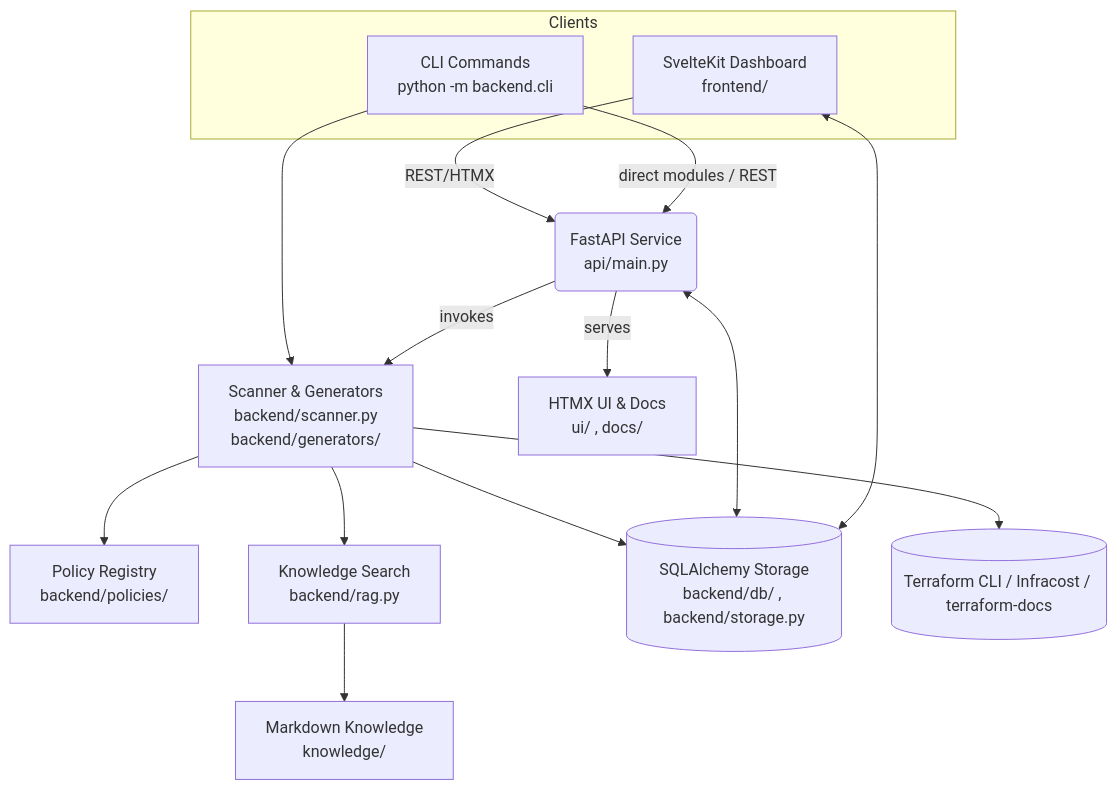
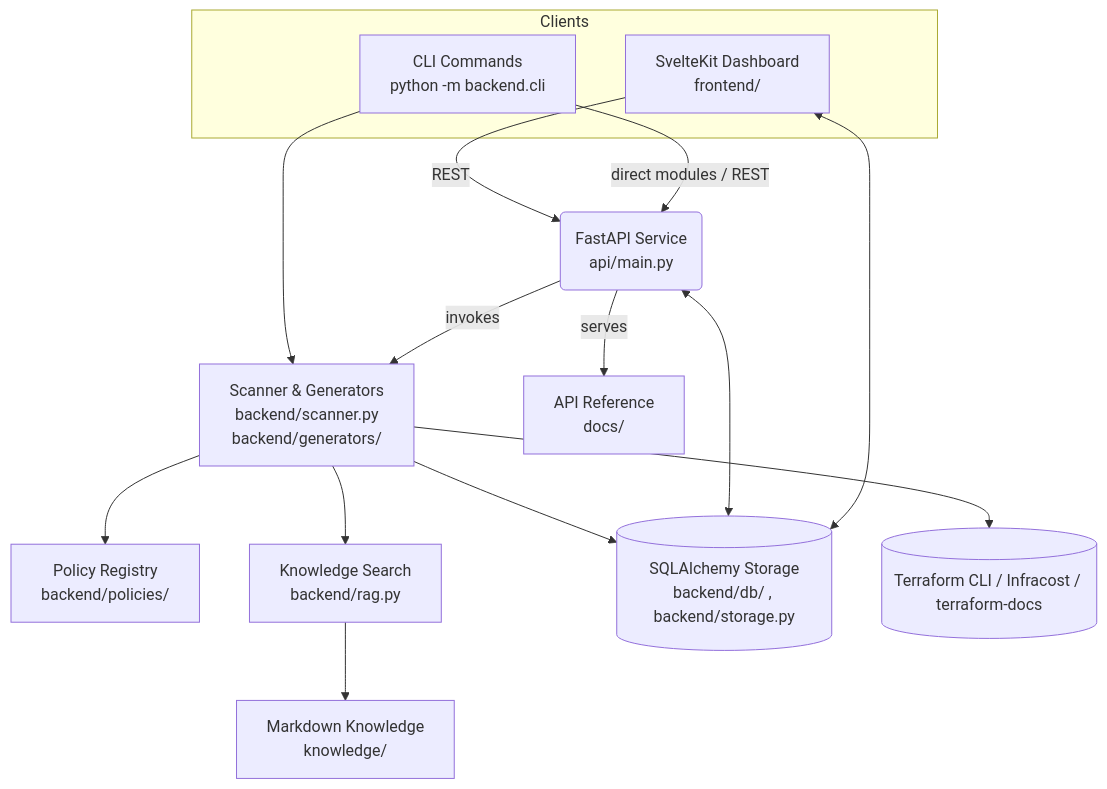
Before and after one commit to ilyafedotov-ops/TerraformManager: the diagram in README.md, drawn with Mermaid. The commit also changed other lines of this file and 91 other files, not shown here.

````diff
--- a/README.md
+++ b/README.md
@@ -15,23 +15,23 @@
 ```mermaid
 graph TD
   subgraph Clients
     Frontend[SvelteKit Dashboard<br/>frontend/]
     CLI[CLI Commands<br/>python -m backend.cli]
   end
 
-  Frontend -->|REST/HTMX| API(FastAPI Service<br/>api/main.py)
+  Frontend -->|REST| API(FastAPI Service<br/>api/main.py)
   CLI -->|direct modules / REST| API
   CLI --> Scanner
 
   API -->|invokes| Scanner[Scanner & Generators<br/>backend/scanner.py<br/>backend/generators/]
-  API -->|serves| UIStatic[HTMX UI & Docs<br/>ui/ , docs/]
+  API -->|serves| DocsStatic[API Reference<br/>docs/]
 
   Scanner --> Policies[Policy Registry<br/>backend/policies/]
   Scanner --> Knowledge[Knowledge Search<br/>backend/rag.py]
   Scanner --> Storage[(SQLAlchemy Storage<br/>backend/db/ , backend/storage.py)]
   Scanner --> External[(Terraform CLI / Infracost / terraform-docs)]
 
   Knowledge --> KnowledgeDocs[Markdown Knowledge<br/>knowledge/]
   Storage <--> API
   Storage <--> Frontend
 ```
````
